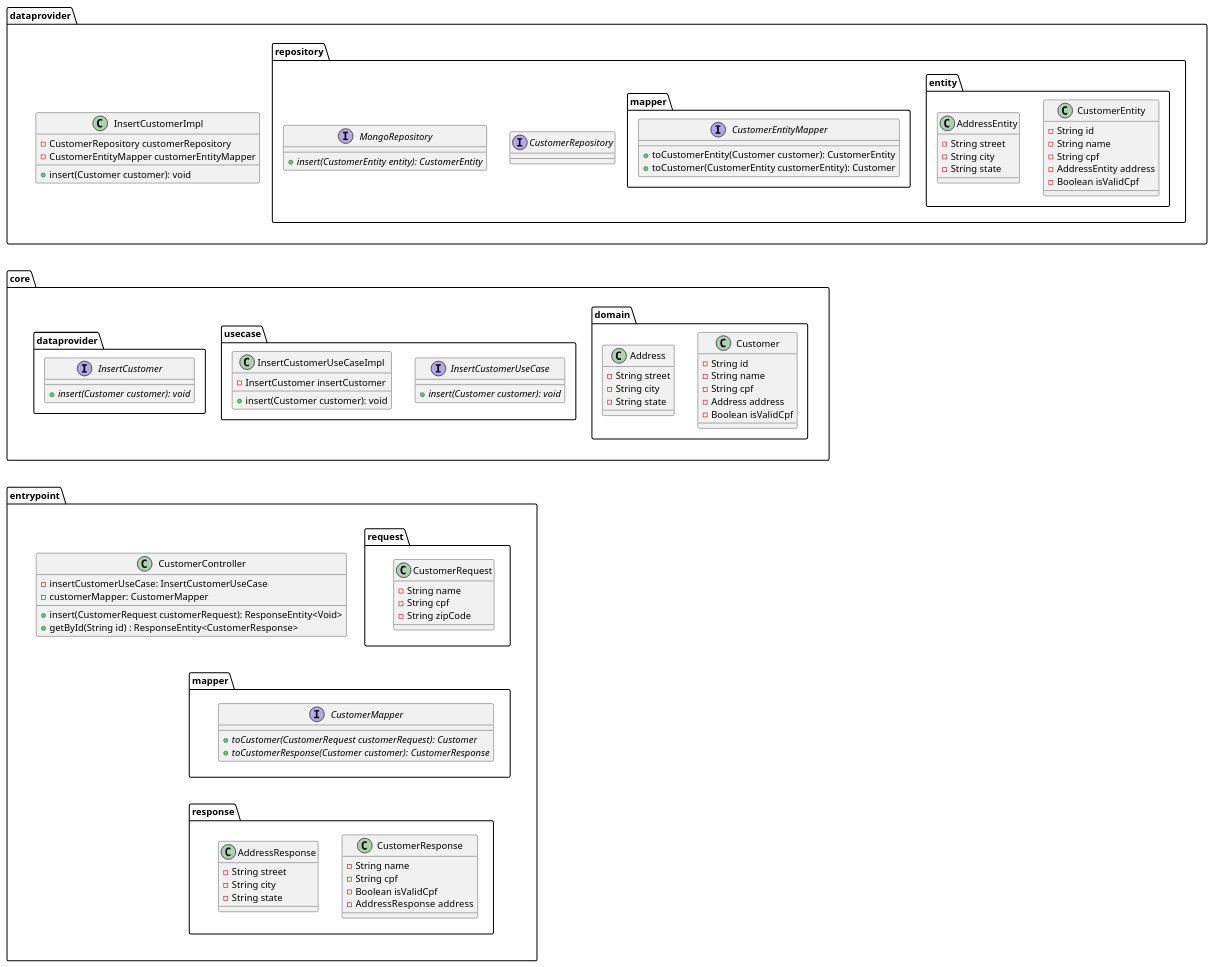
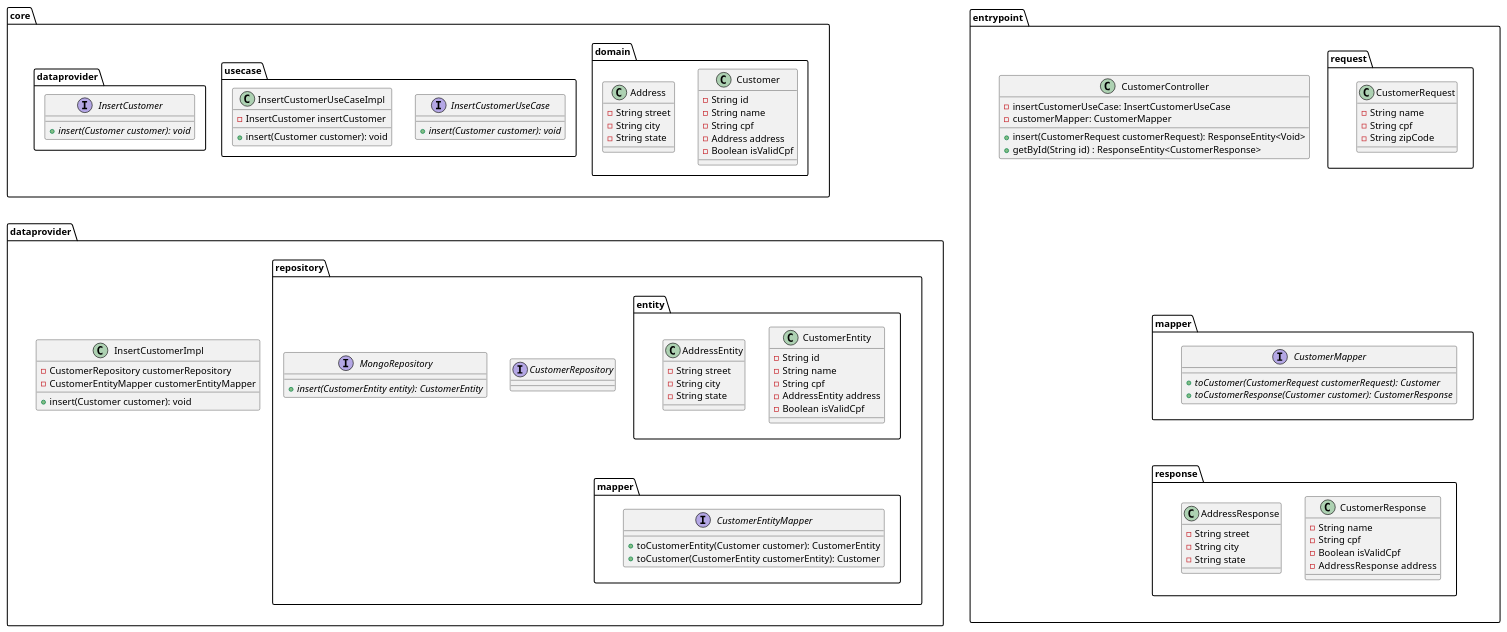
Before and after one commit to alcantaraafonso/cleanarch: the diagram in package.puml, drawn with PlantUML. The commit also changed 1 other file, not shown here.

```diff
--- a/package.puml
+++ b/package.puml
@@ -1,118 +1,121 @@
 @startuml
 
-package core as C {
+package core as C{
     package domain as D {
         class Customer {
             - String id
             - String name
             - String cpf
             - Address address
             - Boolean isValidCpf
         }
 
         class Address {
             - String street
             - String city
             - String state
         }
     }
     package usecase as US {
         interface InsertCustomerUseCase {
             {abstract} + insert(Customer customer): void
         }
 
         class InsertCustomerUseCaseImpl {
             - InsertCustomer insertCustomer
             + insert(Customer customer): void
 
         }
     }
     package dataprovider as CDP{
         interface InsertCustomer {
             {abstract} + insert(Customer customer): void
         }
     }
 }
 
 package dataprovider as DP{
     class InsertCustomerImpl {
         - CustomerRepository customerRepository
         - CustomerEntityMapper customerEntityMapper
         + insert(Customer customer): void
     }
 
     package repository as R {
         interface CustomerRepository {
         }
 
         interface MongoRepository {
             {abstract} + insert(CustomerEntity entity): CustomerEntity
         }
-        package entity {
+        package entity as DP_R_E{
             class CustomerEntity {
             - String id
                 - String name
                 - String cpf
                 - AddressEntity address
                 - Boolean isValidCpf
             }
 
             class AddressEntity {
                 - String street
                 - String city
                 - String state
             }
         }
-        package mapper {
+        package mapper as DP_R_M{
             interface CustomerEntityMapper {
                 + toCustomerEntity(Customer customer): CustomerEntity
                 + toCustomer(CustomerEntity customerEntity): Customer
             }
         }
     }
 }
 
 
 package entrypoint as EP {
     class CustomerController {
         - insertCustomerUseCase: InsertCustomerUseCase
         - customerMapper: CustomerMapper
         + insert(CustomerRequest customerRequest): ResponseEntity<Void>
         + getById(String id) : ResponseEntity<CustomerResponse>
     }
     package request as EP_RQ {
         class CustomerRequest {
             - String name
             - String cpf
             - String zipCode
         }
     }
     package mapper as EP_M {
         interface CustomerMapper {
             {abstract} + toCustomer(CustomerRequest customerRequest): Customer
             {abstract} + toCustomerResponse(Customer customer): CustomerResponse
         }
     }
     package response as EP_RP {
         class CustomerResponse {
             - String name
             - String cpf
             - Boolean isValidCpf
             - AddressResponse  address
         }
         class AddressResponse {
             - String street
             - String city
             - String state
         }
     }
 }
 
 '-----------------
-EP-up[hidden]-C
-DP-down[hidden]-C
+'C-up[hidden]-EP
+EP-down[hidden]-DP
+DP-up[hidden]-C
+
 '----------------
 
+DP_R_M-up[hidden]-DP_R_E
 EP_M-up[hidden]-EP_RQ
 EP_RP-up[hidden]-EP_M
 @enduml
```
